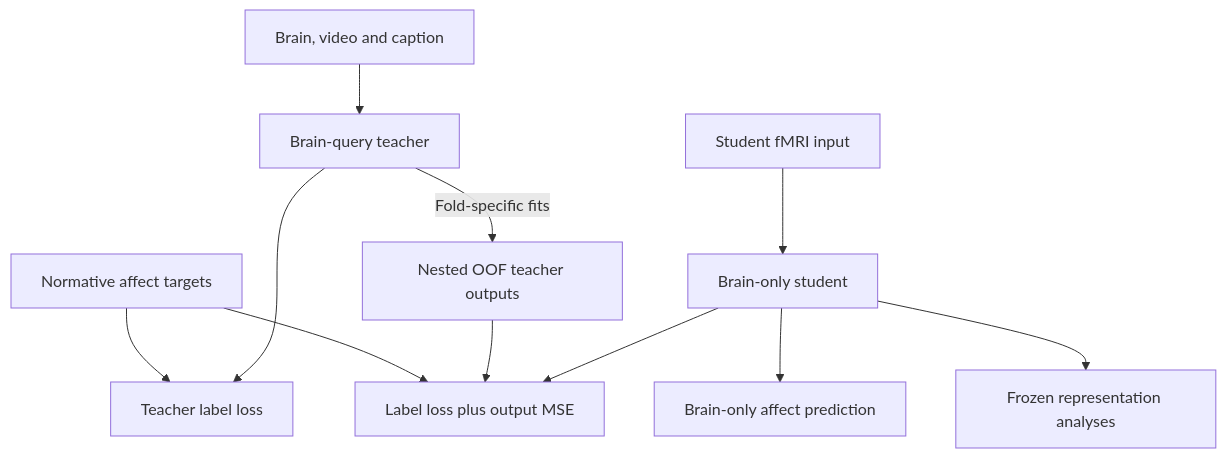
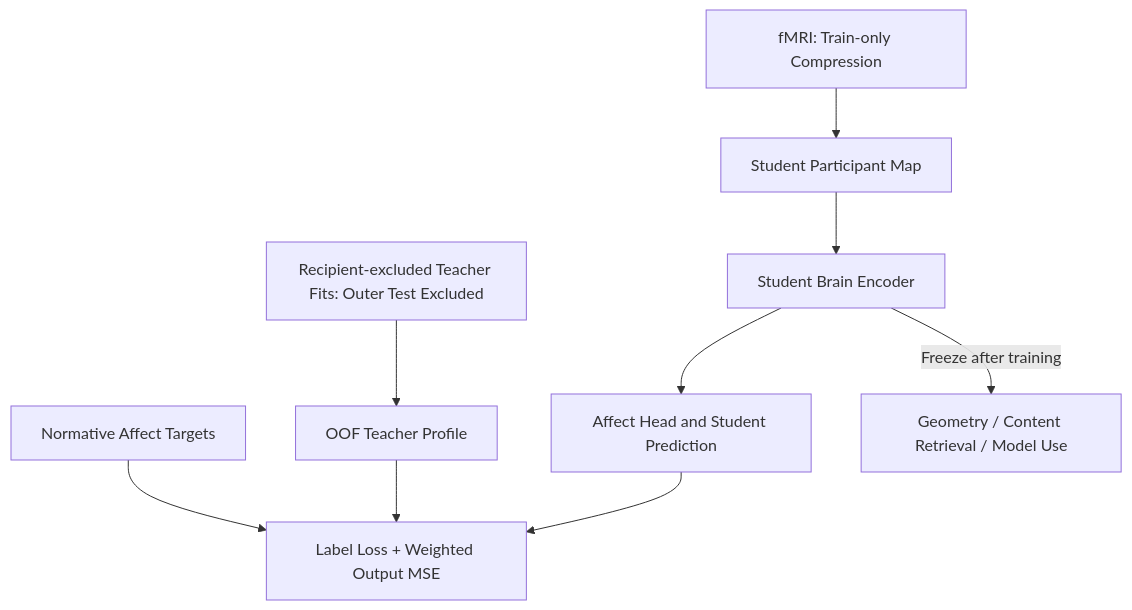
The second of 2 diagrams in docs/assets/model_architecture.md (Transconnectome/EmoBrain), drawn with Mermaid before and after one commit. The commit also changed other lines of this file and 10 other files, not shown here.

````diff
--- a/docs/assets/model_architecture.md
+++ b/docs/assets/model_architecture.md
@@ -47,15 +67,13 @@
 ```mermaid
 flowchart TB
-    accTitle: EmoBrain model information flow
-    accDescr: A multimodal teacher supplies nested out of fold outputs for a brain only student. Targets supervise output losses while content probes and geometry analyses remain post training evaluations.
-    paired_inputs["Brain, video and caption"] --> teacher["Brain-query teacher"]
-    teacher -->|Fold-specific fits| oof_profile["Nested OOF teacher outputs"]
-    brain_input["Student fMRI input"] --> student["Brain-only student"]
-    normative_targets["Normative affect targets"] --> teacher_loss["Teacher label loss"]
-    teacher --> teacher_loss
-    normative_targets --> student_loss["Label loss plus output MSE"]
+    accTitle: Output Guidance and Frozen Student Analysis
+    accDescr: Recipient-excluded teacher fits provide output targets, not latent targets. The separately parameterized brain-only student is trained on labels and guidance, then frozen for representation and model-use evaluation.
+    teacher_fits["Recipient-excluded Teacher Fits: Outer Test Excluded"] --> oof_profile["OOF Teacher Profile"]
+    student_brain["fMRI: Train-only Compression"] --> student_map["Student Participant Map"]
+    student_map --> student_encoder["Student Brain Encoder"]
+    student_encoder --> student_head["Affect Head and Student Prediction"]
+    normative_targets["Normative Affect Targets"] --> student_loss["Label Loss + Weighted Output MSE"]
     oof_profile --> student_loss
-    student --> student_loss
-    student --> frozen_analysis["Frozen representation analyses"]
-    student --> inference["Brain-only affect prediction"]
+    student_head --> student_loss
+    student_encoder -->|Freeze after training| analyses["Geometry / Content Retrieval / Model Use"]
 ```
````
